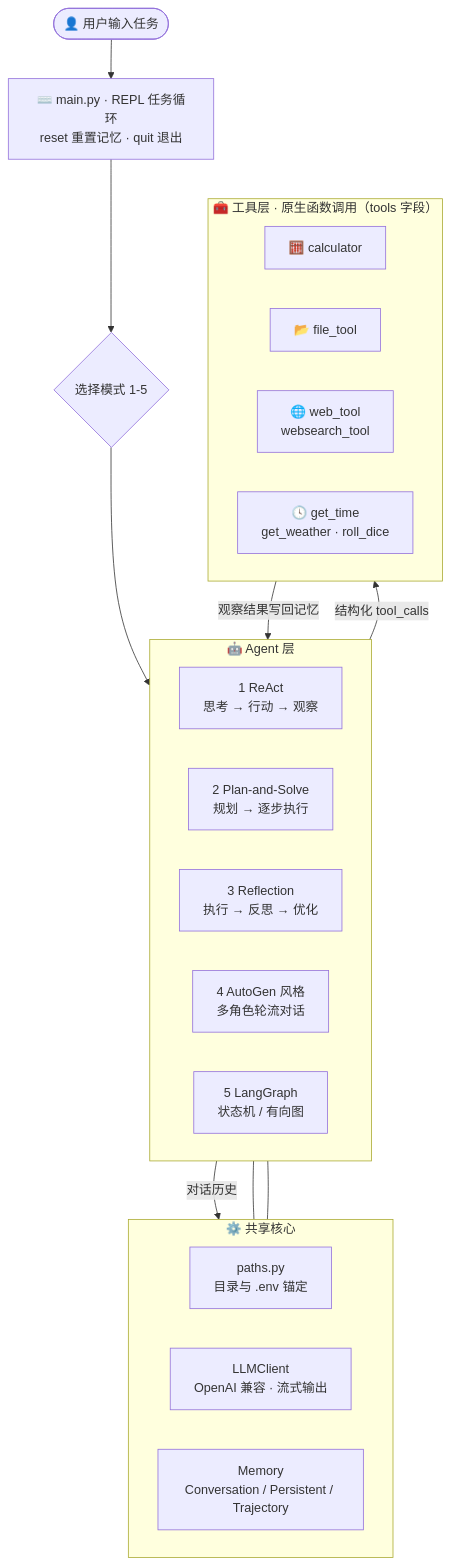
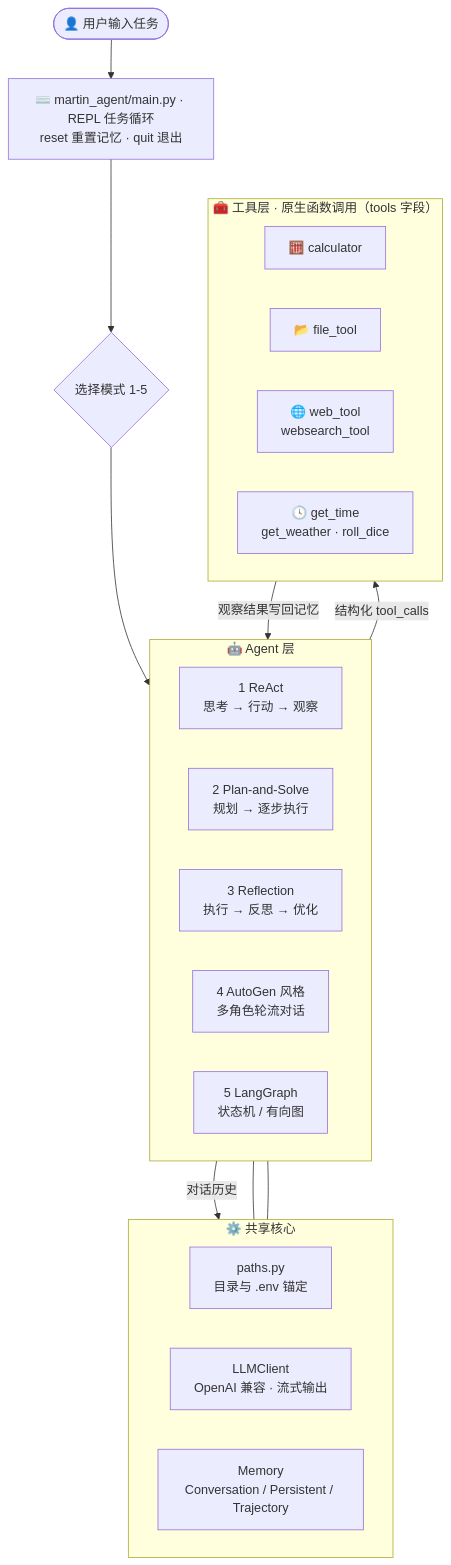
The diagram in README.md (Seven-second-fish/MartinAgent), drawn with Mermaid before and after one commit. The commit also changed other lines of this file and 67 other files, not shown here.

First line of the commit message:
目录归一到标准布局，包重命名为 martin_agent，补齐工程配套

````diff
--- a/README.md
+++ b/README.md
@@ -44,36 +46,36 @@
 ```mermaid
 flowchart TB
-    user(["👤 用户输入任务"]) --> repl["⌨️ main.py · REPL 任务循环<br/>reset 重置记忆 · quit 退出"]
+    user(["👤 用户输入任务"]) --> repl["⌨️ martin_agent/main.py · REPL 任务循环<br/>reset 重置记忆 · quit 退出"]
     repl --> mode{"选择模式 1-5"}
 
     subgraph agents ["🤖 Agent 层"]
         direction LR
         react["1 ReAct<br/>思考 → 行动 → 观察"]
         ps["2 Plan-and-Solve<br/>规划 → 逐步执行"]
         refl["3 Reflection<br/>执行 → 反思 → 优化"]
         ag["4 AutoGen 风格<br/>多角色轮流对话"]
         lg["5 LangGraph<br/>状态机 / 有向图"]
     end
 
     subgraph core ["⚙️ 共享核心"]
         direction LR
         paths["paths.py<br/>目录与 .env 锚定"]
         llm["LLMClient<br/>OpenAI 兼容 · 流式输出"]
         mem["Memory<br/>Conversation / Persistent / Trajectory"]
     end
 
     subgraph tools ["🧰 工具层 · 原生函数调用（tools 字段）"]
         direction LR
         calc["🧮 calculator"]
         ftool["📂 file_tool"]
         webt["🌐 web_tool<br/>websearch_tool"]
         misc["🕓 get_time<br/>get_weather · roll_dice"]
     end
 
     mode --> agents
     agents -- 对话历史 --> llm
     agents --- mem
     agents --- paths
     agents -- 结构化 tool_calls --> tools
     tools -- 观察结果写回记忆 --> agents
 ```
````
